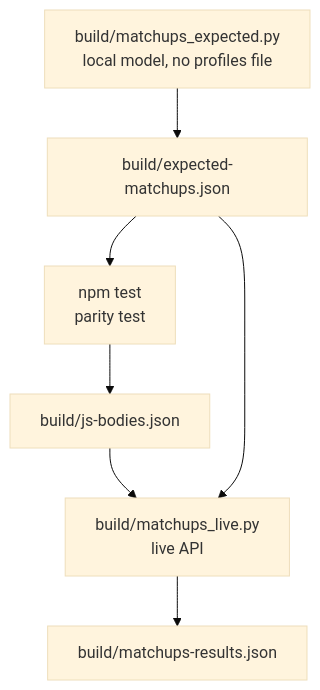
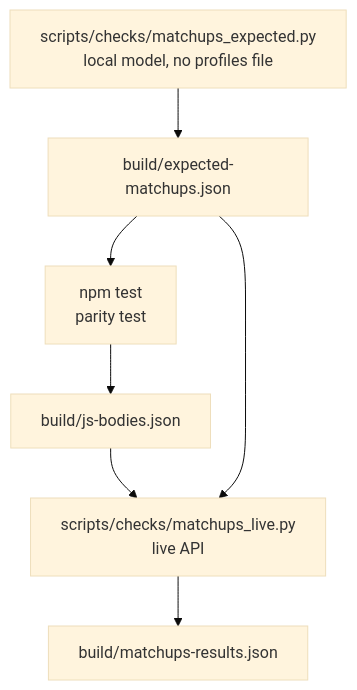
Before and after one commit to jconnors23/510-m3-nfl-prediction-analytics: the second of 2 diagrams in docs/implementation/phase-5/development-guide.md, drawn with Mermaid (base theme). The commit also changed other lines of this file and 62 other files, not shown here.

````diff
--- a/docs/implementation/phase-5/development-guide.md
+++ b/docs/implementation/phase-5/development-guide.md
@@ -126,9 +126,9 @@
 ```mermaid
 flowchart TB
-    A["build/matchups_expected.py<br/>local model, no profiles file"] --> B["build/expected-matchups.json"]
+    A["scripts/checks/matchups_expected.py<br/>local model, no profiles file"] --> B["build/expected-matchups.json"]
     B --> C["npm test<br/>parity test"]
     C --> D["build/js-bodies.json"]
-    D --> E["build/matchups_live.py<br/>live API"]
+    D --> E["scripts/checks/matchups_live.py<br/>live API"]
     B --> E
     E --> F["build/matchups-results.json"]
 ```
````
